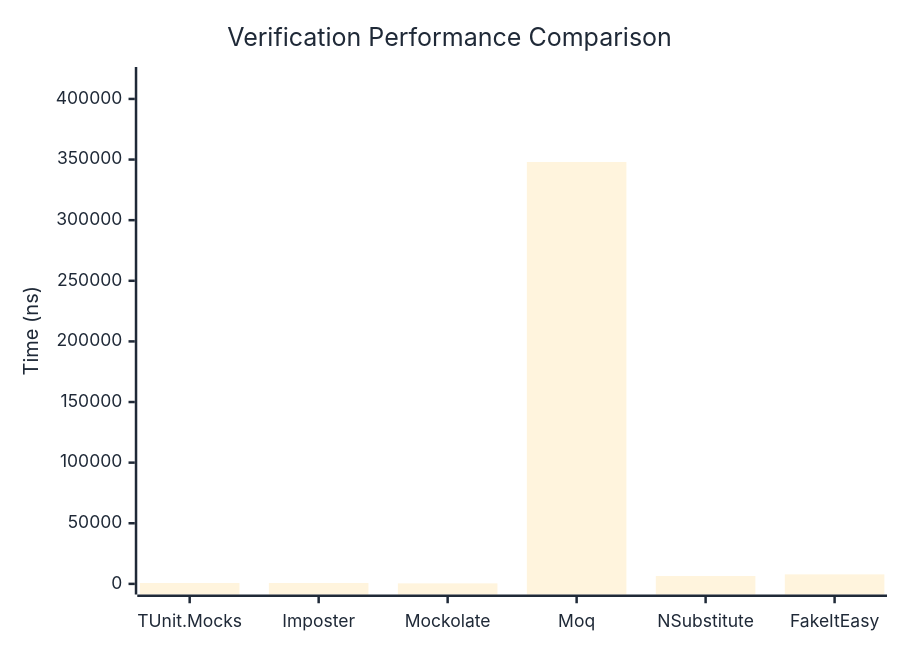
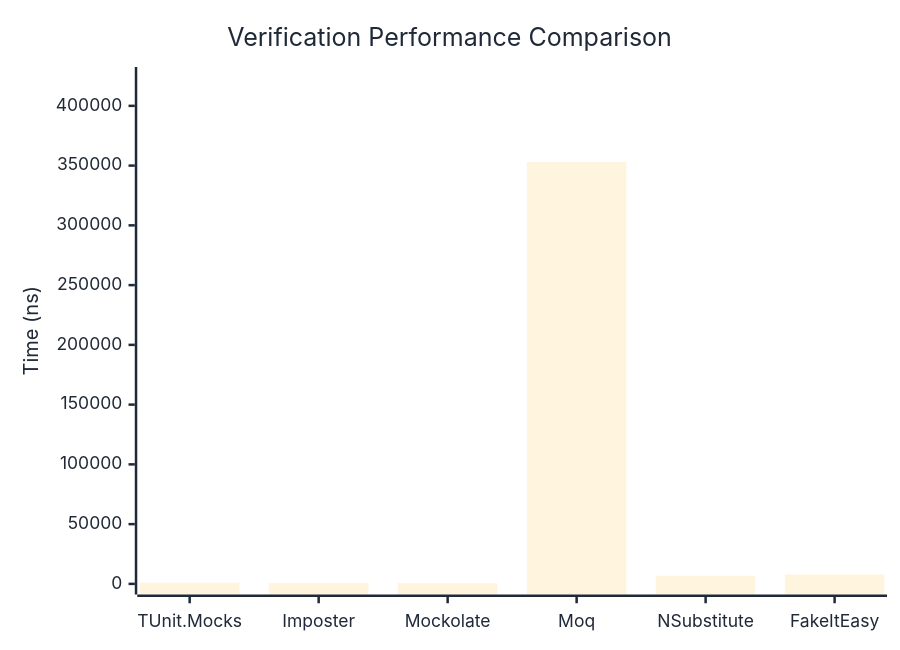
The first of 3 diagrams in docs/docs/benchmarks/mocks/Verification.md (thomhurst/TUnit), drawn with Mermaid before and after one commit. The commit also changed other lines of this file and 14 other files, not shown here.

````diff
--- a/docs/docs/benchmarks/mocks/Verification.md
+++ b/docs/docs/benchmarks/mocks/Verification.md
@@ -30,27 +30,27 @@
 ```mermaid
 %%{init: {
   'theme':'base',
   'themeVariables': {
     'primaryColor': '#2563eb',
     'primaryTextColor': '#1f2937',
     'primaryBorderColor': '#1e40af',
     'lineColor': '#6b7280',
     'secondaryColor': '#7c3aed',
     'tertiaryColor': '#dc2626',
     'background': '#ffffff',
     'pie1': '#2563eb',
     'pie2': '#7c3aed',
     'pie3': '#dc2626',
     'pie4': '#f59e0b',
     'pie5': '#10b981',
     'pie6': '#06b6d4',
     'pie7': '#ec4899',
     'pie8': '#6366f1'
   }
 }}%%
 xychart-beta
   title "Verification Performance Comparison"
   x-axis ["TUnit.Mocks", "Imposter", "Mockolate", "Moq", "NSubstitute", "FakeItEasy"]
-  y-axis "Time (ns)" 0 --> 417576
-  bar [726.84, 722.49, 412.91, 347979.68, 6490.58, 7854.8]
+  y-axis "Time (ns)" 0 --> 423617
+  bar [946.17, 818.68, 490.16, 353014.01, 6757.85, 7919.01]
 ```
````
